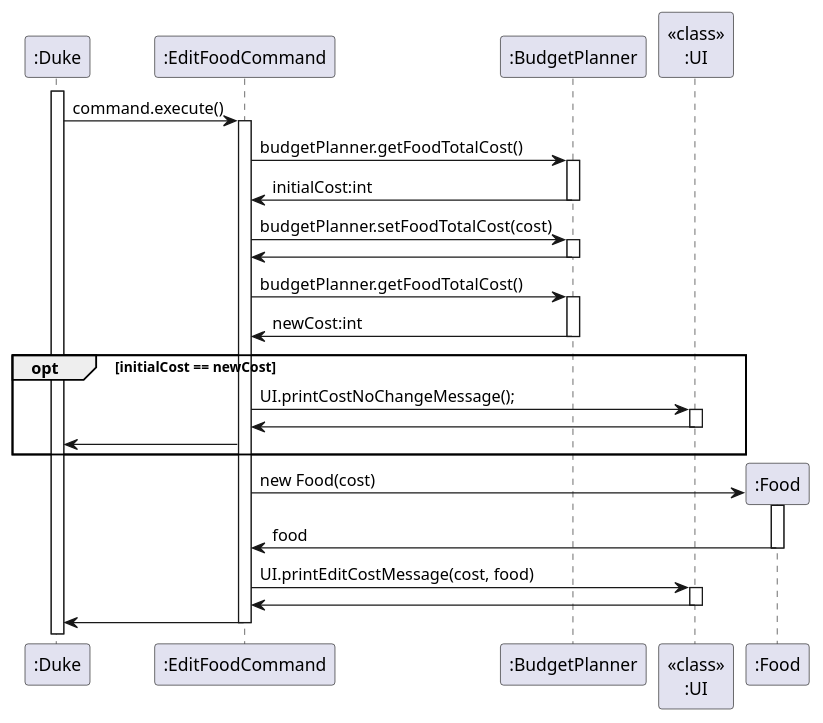
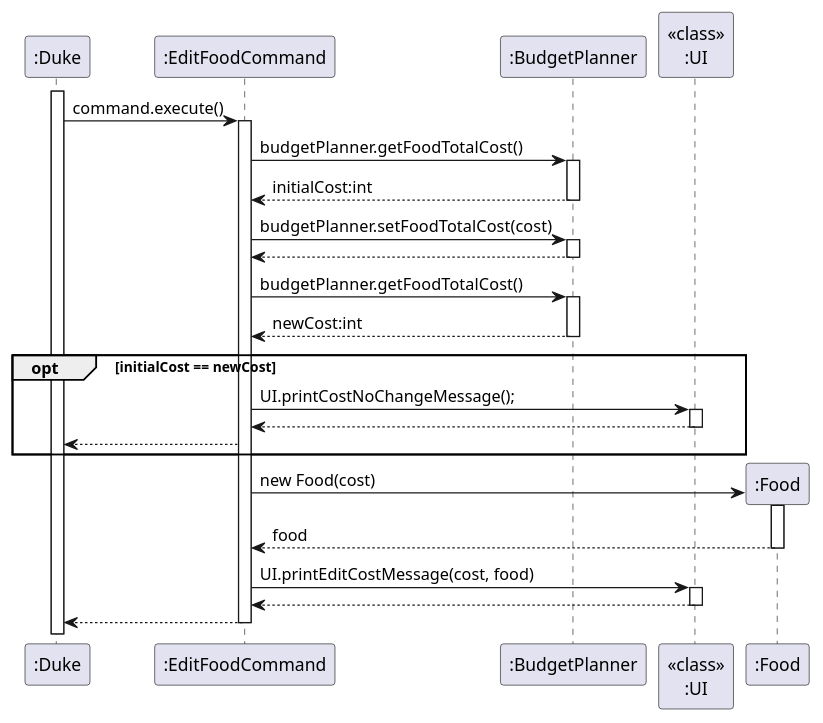
Before and after one commit to nus-cs2113-AY2223S2/tp: the diagram in docs/diagrams/budget/EditFoodCommand.puml, drawn with PlantUML. The commit also changed 5 other files, not shown here.

```diff
--- a/docs/diagrams/budget/EditFoodCommand.puml
+++ b/docs/diagrams/budget/EditFoodCommand.puml
@@ -1,36 +1,36 @@
 @startuml
 'https://plantuml.com/sequence-diagram
 activate ":Duke"
 ":Duke" -> ":EditFoodCommand" : command.execute()
 activate ":EditFoodCommand"
 ":EditFoodCommand" -> ":BudgetPlanner" : budgetPlanner.getFoodTotalCost()
 activate ":BudgetPlanner"
-":EditFoodCommand" <- ":BudgetPlanner" : initialCost:int
+":EditFoodCommand" <-- ":BudgetPlanner" : initialCost:int
 deactivate ":BudgetPlanner"
 ":EditFoodCommand" -> ":BudgetPlanner" : budgetPlanner.setFoodTotalCost(cost)
 activate ":BudgetPlanner"
-":EditFoodCommand" <- ":BudgetPlanner"
+":EditFoodCommand" <-- ":BudgetPlanner"
 deactivate ":BudgetPlanner"
 ":EditFoodCommand" -> ":BudgetPlanner" : budgetPlanner.getFoodTotalCost()
 activate ":BudgetPlanner"
-":EditFoodCommand" <- ":BudgetPlanner" : newCost:int
+":EditFoodCommand" <-- ":BudgetPlanner" : newCost:int
 deactivate ":BudgetPlanner"
 opt initialCost == newCost
 ":EditFoodCommand" -> "<<class>>\n:UI" : UI.printCostNoChangeMessage();
 activate "<<class>>\n:UI"
-":EditFoodCommand" <- "<<class>>\n:UI"
+":EditFoodCommand" <-- "<<class>>\n:UI"
 deactivate "<<class>>\n:UI"
-":EditFoodCommand" -> ":Duke"
+":EditFoodCommand" --> ":Duke"
 end
 create ":Food"
 ":EditFoodCommand" -> ":Food" : new Food(cost)
 activate ":Food"
-":EditFoodCommand" <- ":Food" : food
+":EditFoodCommand" <-- ":Food" : food
 deactivate ":Food"
 ":EditFoodCommand" -> "<<class>>\n:UI" : UI.printEditCostMessage(cost, food)
 activate "<<class>>\n:UI"
-":EditFoodCommand" <- "<<class>>\n:UI"
+":EditFoodCommand" <-- "<<class>>\n:UI"
 deactivate "<<class>>\n:UI"
-":EditFoodCommand" -> ":Duke"
+":EditFoodCommand" --> ":Duke"
 deactivate ":EditFoodCommand"
 @enduml
```
